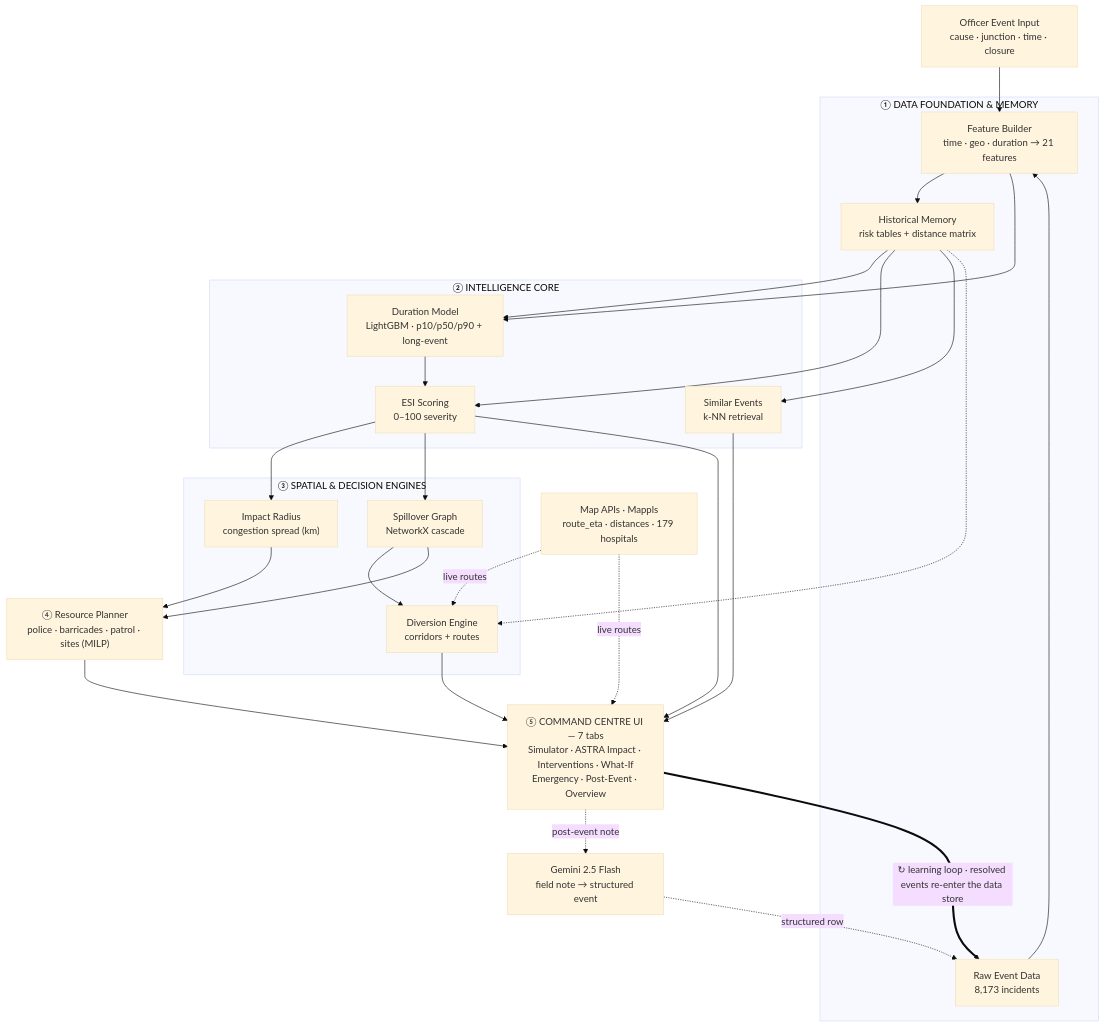
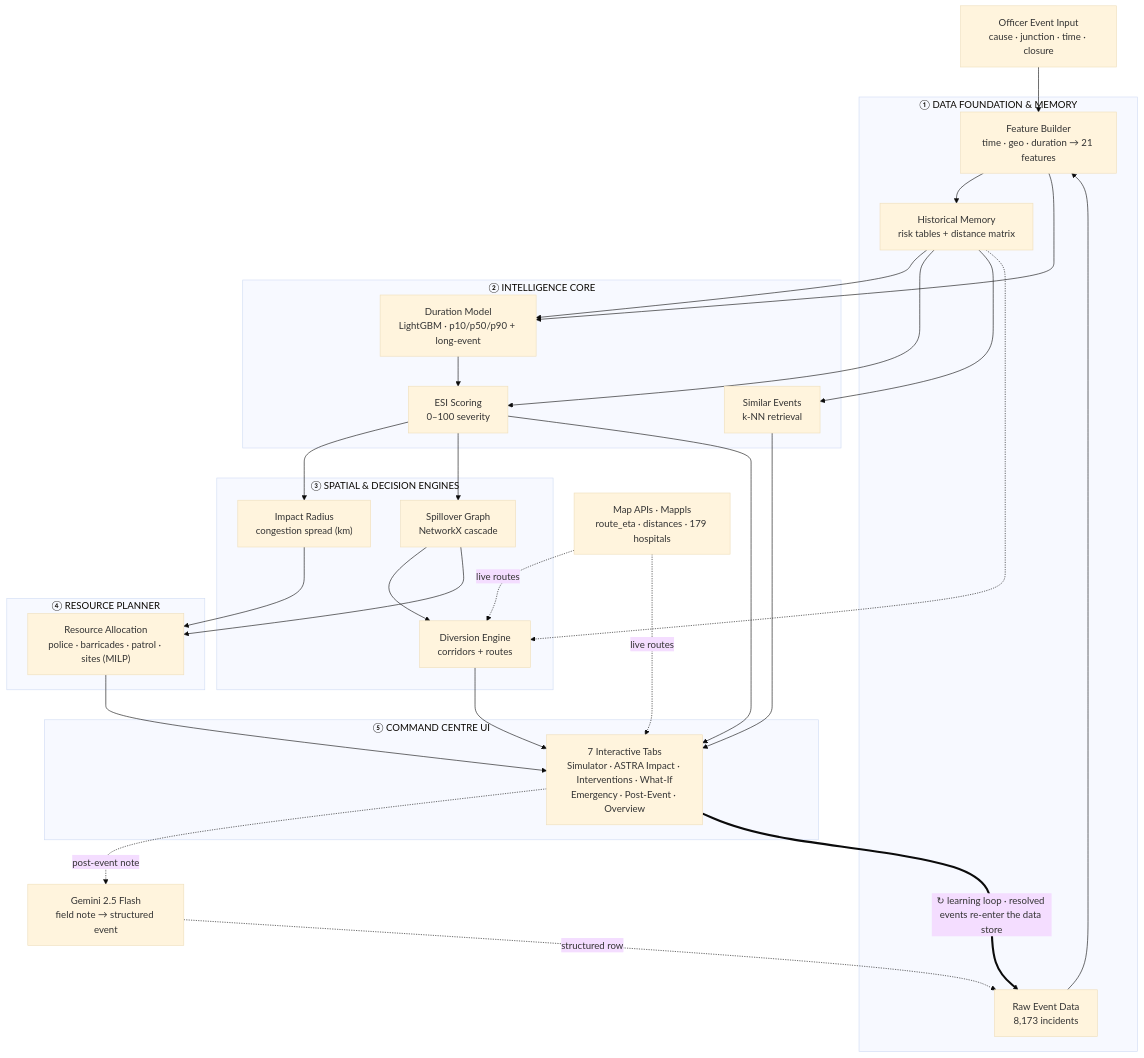
One commit to mpatra193/Flipkart_gridlock_2.0 changed the second of 3 diagrams in README.md. Above: the diagram before and after it, drawn with Mermaid (base theme).

Commit message:
readme update

````diff
--- a/README.md
+++ b/README.md
@@ -99,49 +99,53 @@
 ```mermaid
 flowchart TB
     OFFICER["Officer Event Input<br/>cause · junction · time · closure"]
 
     subgraph DF["① DATA FOUNDATION & MEMORY"]
         RAW["Raw Event Data<br/>8,173 incidents"]
         FEAT["Feature Builder<br/>time · geo · duration → 21 features"]
         MEM["Historical Memory<br/>risk tables + distance matrix"]
     end
 
     subgraph IC["② INTELLIGENCE CORE"]
         DUR["Duration Model<br/>LightGBM · p10/p50/p90 + long-event"]
         ESI["ESI Scoring<br/>0–100 severity"]
         SIM["Similar Events<br/>k-NN retrieval"]
     end
 
     subgraph SDE["③ SPATIAL & DECISION ENGINES"]
         IMP["Impact Radius<br/>congestion spread (km)"]
         SPILL["Spillover Graph<br/>NetworkX cascade"]
         DIV["Diversion Engine<br/>corridors + routes"]
     end
 
-    RES["④ Resource Planner<br/>police · barricades · patrol · sites (MILP)"]
+    subgraph RP["④ RESOURCE PLANNER"]
+        RES["Resource Allocation<br/>police · barricades · patrol · sites (MILP)"]
+    end
 
-    TABS["⑤ COMMAND CENTRE UI — 7 tabs<br/>Simulator · ASTRA Impact · Interventions · What-If<br/>Emergency · Post-Event · Overview"]
+    subgraph UI["⑤ COMMAND CENTRE UI"]
+        TABS["7 Interactive Tabs<br/>Simulator · ASTRA Impact · Interventions · What-If<br/>Emergency · Post-Event · Overview"]
+    end
 
     MAPS["Map APIs · Mappls<br/>route_eta · distances · 179 hospitals"]
     GEM["Gemini 2.5 Flash<br/>field note → structured event"]
 
     OFFICER --> FEAT
     RAW --> FEAT --> MEM
     FEAT --> DUR
     MEM --> DUR & ESI & SIM
     DUR --> ESI
     ESI --> IMP & SPILL
     SPILL --> DIV
     MEM -.-> DIV
     MAPS -.->|live routes| DIV
     IMP --> RES
     SPILL --> RES
     DIV --> TABS
     RES --> TABS
     SIM --> TABS
     ESI --> TABS
     MAPS -.->|live routes| TABS
     TABS -."post-event note".-> GEM
     GEM -."structured row".-> RAW
     TABS == "↻ learning loop · resolved events re-enter the data store" ==> RAW
 ```
````
